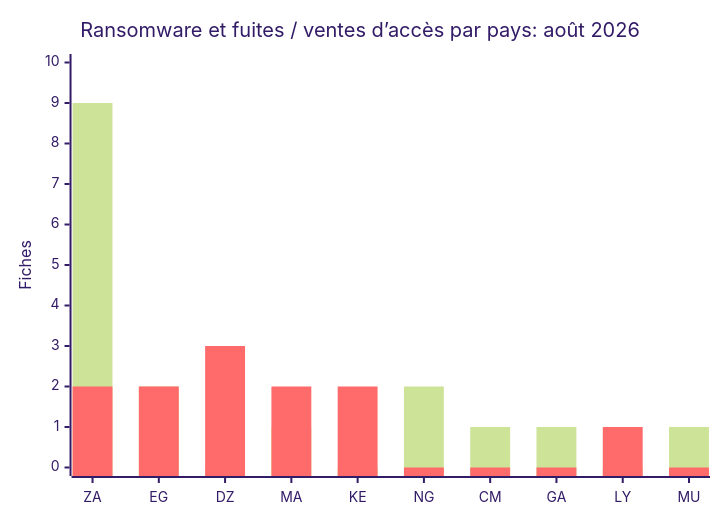
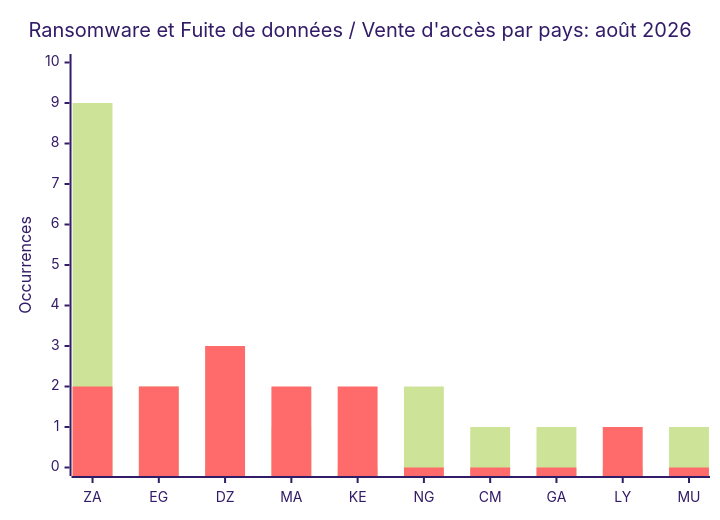
Before and after one commit to Hatchepsoute/AFRINTEL: the third of 10 diagrams in CyberAttackAfrica/2026/08-august/README_FR.md, drawn with Mermaid (forest theme). The commit also changed other lines of this file and 1 other file, not shown here.

````diff
--- a/CyberAttackAfrica/2026/08-august/README_FR.md
+++ b/CyberAttackAfrica/2026/08-august/README_FR.md
@@ -141,8 +162,8 @@
 ```mermaid
 xychart-beta
-    title "Ransomware et fuites / ventes d’accès par pays: août 2026"
+    title "Ransomware et Fuite de données / Vente d'accès par pays: août 2026"
     x-axis ["ZA", "EG", "DZ", "MA", "KE", "NG", "CM", "GA", "LY", "MU"]
-    y-axis "Fiches" 0 --> 10
+    y-axis "Occurrences" 0 --> 10
     bar [9, 2, 0, 1, 0, 2, 1, 1, 0, 1]
     bar [2, 2, 3, 2, 2, 0, 0, 0, 1, 0]
 ```
````
